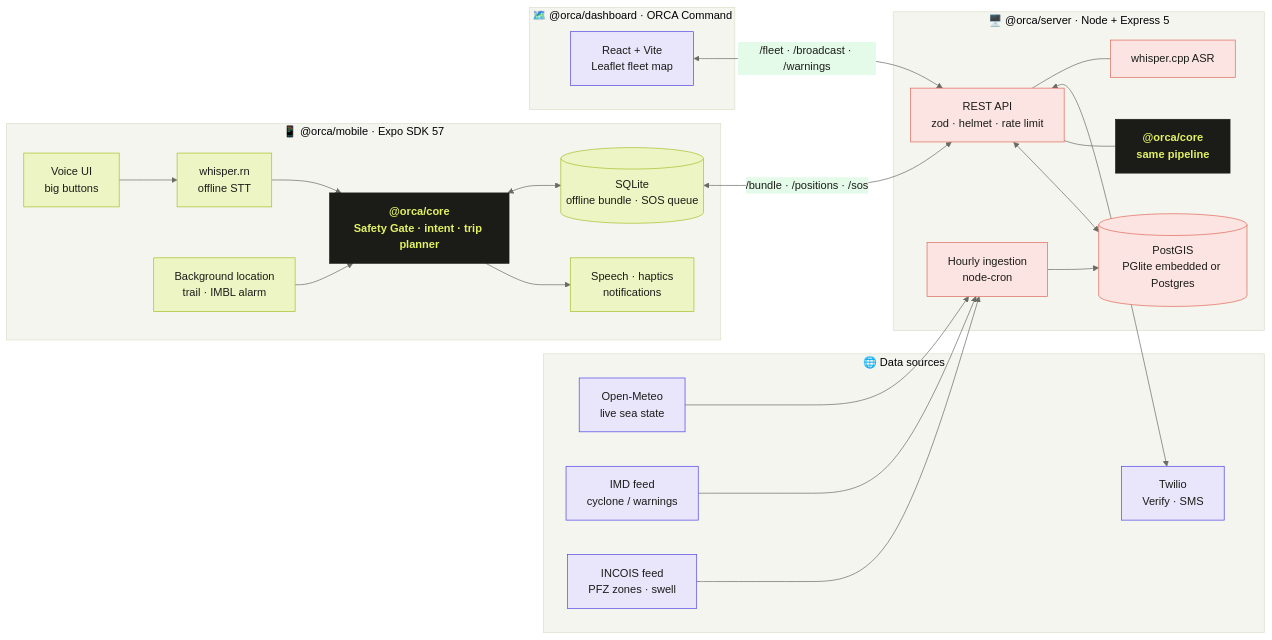
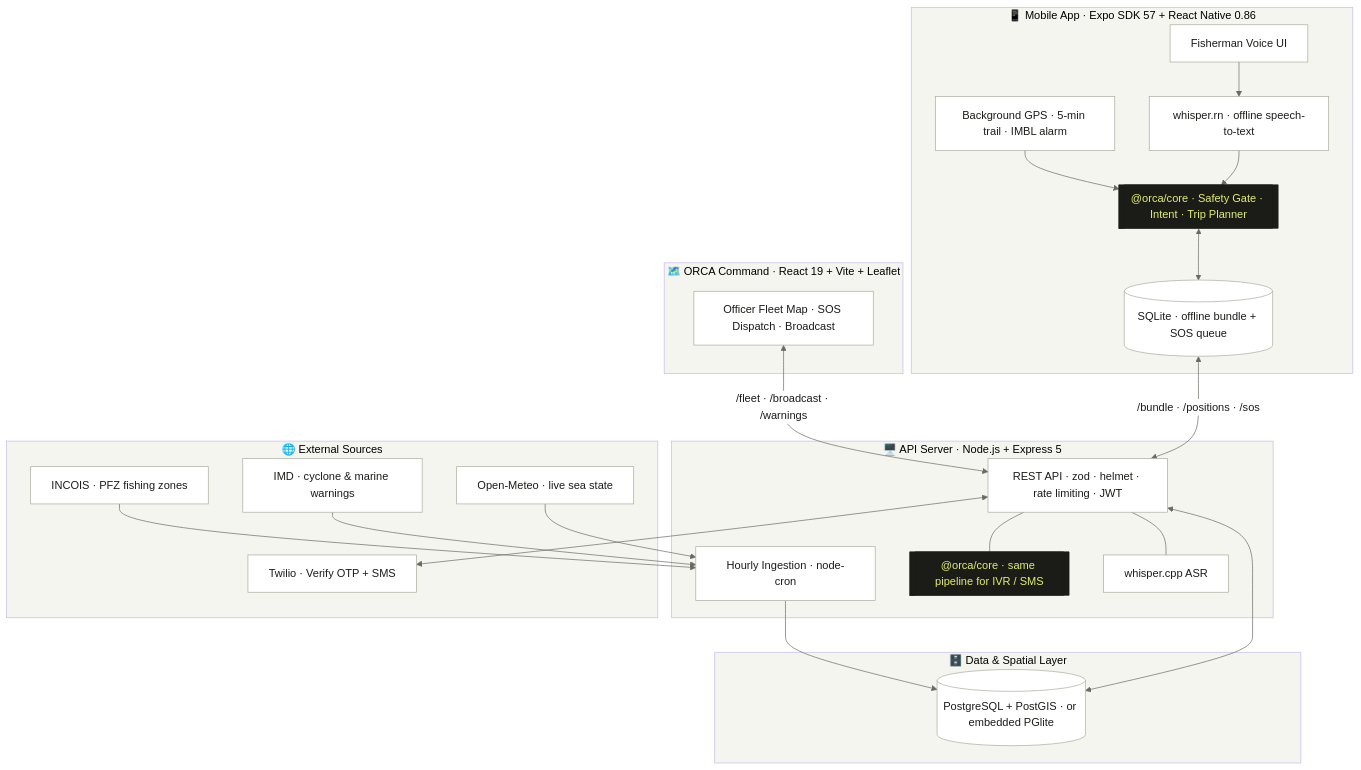
Before and after one commit to TIRTHPATEL3086/ORCA: the second of 5 diagrams in README.md, drawn with Mermaid. The commit also changed other lines of this file, not shown here.

````diff
--- a/README.md
+++ b/README.md
@@ -250,50 +117,48 @@
 ```mermaid
-%%{init: {'theme':'base','themeVariables':{'fontFamily':'Inter, Segoe UI, sans-serif','primaryColor':'#E9E5FB','primaryTextColor':'#1B1C18','primaryBorderColor':'#4F46E5','lineColor':'#686B63','clusterBkg':'#F4F5EE','clusterBorder':'#DCDFCB'}}}%%
-flowchart LR
-    subgraph EXT["🌐 Data sources"]
-        OM["Open-Meteo<br/>live sea state"]:::lav
-        IMD["IMD feed<br/>cyclone / warnings"]:::lav
-        INC["INCOIS feed<br/>PFZ zones · swell"]:::lav
-        TW["Twilio<br/>Verify · SMS"]:::lav
+%%{init: {'theme':'base','themeVariables':{'fontFamily':'Inter, Segoe UI, sans-serif','primaryColor':'#FFFFFF','primaryTextColor':'#1B1C18','primaryBorderColor':'#A9AC9F','lineColor':'#686B63','clusterBkg':'#F4F5EE','clusterBorder':'#C4BBF0'}}}%%
+flowchart TB
+    subgraph Client [📱 Mobile App · Expo SDK 57 + React Native 0.86]
+        FP[Fisherman Voice UI]
+        STT[whisper.rn · offline speech-to-text]
+        CORE1[["@orca/core · Safety Gate · Intent · Trip Planner"]]
+        LITE[(SQLite · offline bundle + SOS queue)]
+        BG[Background GPS · 5-min trail · IMBL alarm]
     end
 
-    subgraph PHONE["📱 @orca/mobile · Expo SDK 57"]
-        UI["Voice UI<br/>big buttons"]:::lime
-        STT["whisper.rn<br/>offline STT"]:::lime
-        CORE1["@orca/core<br/>Safety Gate · intent · trip planner"]:::ink
-        CACHE[("SQLite<br/>offline bundle · SOS queue")]:::lime
-        OUT["Speech · haptics<br/>notifications"]:::lime
-        BG["Background location<br/>trail · IMBL alarm"]:::lime
+    subgraph Command [🗺️ ORCA Command · React 19 + Vite + Leaflet]
+        OP[Officer Fleet Map · SOS Dispatch · Broadcast]
     end
 
-    subgraph SERVER["🖥️ @orca/server · Node + Express 5"]
-        API["REST API<br/>zod · helmet · rate limit"]:::pink
-        ING["Hourly ingestion<br/>node-cron"]:::pink
-        CORE2["@orca/core<br/>same pipeline"]:::ink
-        DB[("PostGIS<br/>PGlite embedded or Postgres")]:::pink
-        ASR["whisper.cpp ASR"]:::pink
+    subgraph Server [🖥️ API Server · Node.js + Express 5]
+        API[REST API · zod · helmet · rate limiting · JWT]
+        ING[Hourly Ingestion · node-cron]
+        CORE2[["@orca/core · same pipeline for IVR / SMS"]]
+        ASR[whisper.cpp ASR]
     end
 
-    subgraph DASH["🗺️ @orca/dashboard · ORCA Command"]
-        MAP["React + Vite<br/>Leaflet fleet map"]:::lav
+    subgraph Data [🗄️ Data & Spatial Layer]
+        PG[(PostgreSQL + PostGIS · or embedded PGlite)]
     end
 
-    OM --> ING
-    IMD --> ING
-    INC --> ING
-    ING --> DB
-    API <--> DB
+    subgraph External [🌐 External Sources]
+        OM[Open-Meteo · live sea state]
+        IMD[IMD · cyclone & marine warnings]
+        INC[INCOIS · PFZ fishing zones]
+        TW[Twilio · Verify OTP + SMS]
+    end
+
+    FP --> STT --> CORE1
+    BG --> CORE1
+    CORE1 <--> LITE
+    LITE <-->|/bundle · /positions · /sos| API
+    OP <-->|/fleet · /broadcast · /warnings| API
     API --- CORE2
+    API --- ASR
+    API <--> PG
+    ING --> PG
+    OM & IMD & INC --> ING
     API <--> TW
-    API --- ASR
-    UI --> STT --> CORE1 --> OUT
-    CORE1 <--> CACHE
-    BG --> CORE1
-    CACHE <-- "/bundle · /positions · /sos" --> API
-    MAP <-- "/fleet · /broadcast · /warnings" --> API
 
-    classDef ink fill:#1B1C18,color:#E3F163,stroke:#1B1C18,font-weight:bold
-    classDef lime fill:#EEF5C4,stroke:#A3C12B,color:#1B1C18
-    classDef lav fill:#E9E5FB,stroke:#4F46E5,color:#1B1C18
-    classDef pink fill:#FBE4E1,stroke:#E0685A,color:#1B1C18
+    classDef core fill:#1B1C18,stroke:#1B1C18,color:#E3F163
+    class CORE1,CORE2 core
 ```
````
